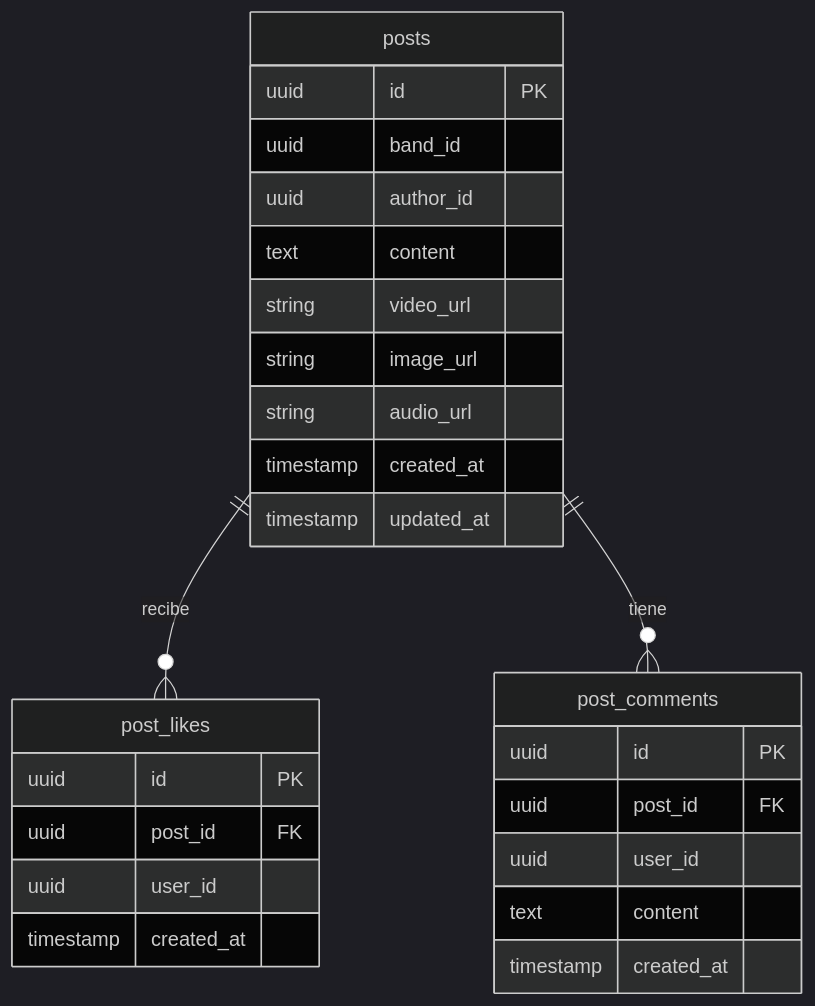
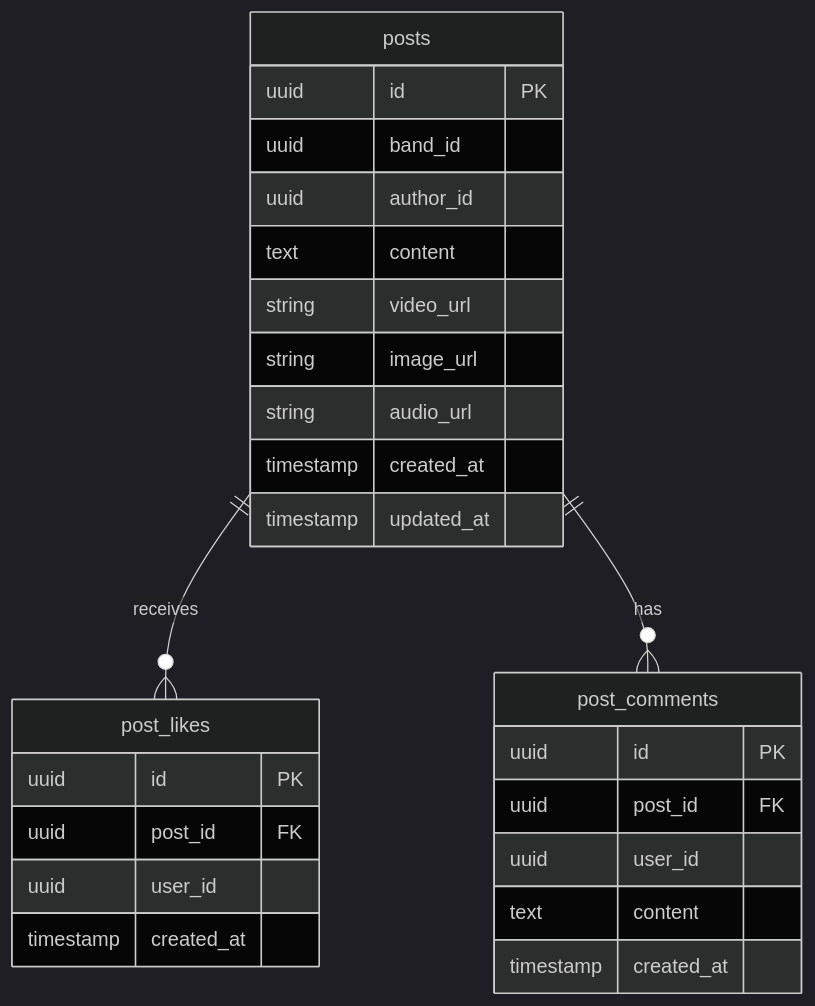
The third of 3 diagrams in README.md (ecoronelGIT/yourband-be-post), drawn with Mermaid (dark theme) before and after one commit. The commit also changed other lines of this file, not shown here.

````diff
--- a/README.md
+++ b/README.md
@@ -71,29 +71,29 @@
 ```mermaid
 erDiagram
     posts {
         uuid id PK
         uuid band_id
         uuid author_id
         text content
         string video_url
         string image_url
         string audio_url
         timestamp created_at
         timestamp updated_at
     }
     post_likes {
         uuid id PK
         uuid post_id FK
         uuid user_id
         timestamp created_at
     }
     post_comments {
         uuid id PK
         uuid post_id FK
         uuid user_id
         text content
         timestamp created_at
     }
-    posts ||--o{ post_likes : recibe
-    posts ||--o{ post_comments : tiene
+    posts ||--o{ post_likes : receives
+    posts ||--o{ post_comments : has
 ```
````
